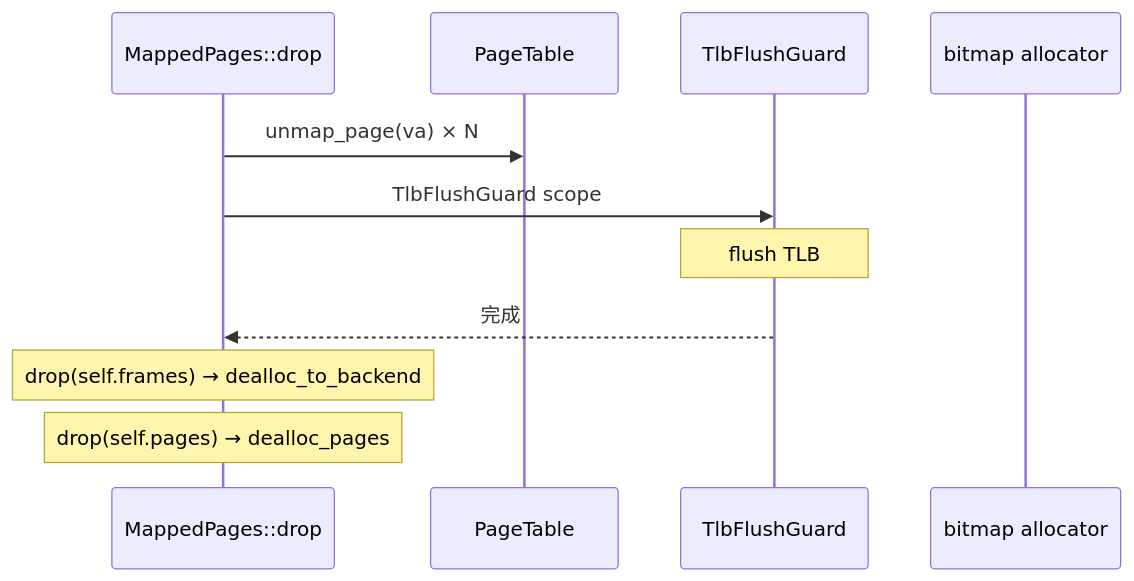
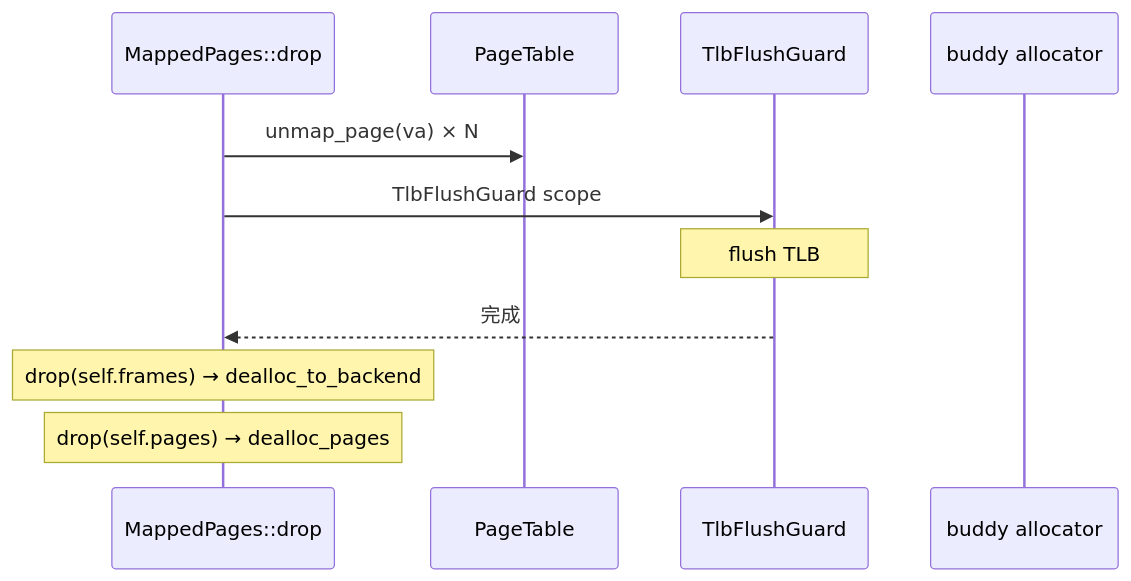
One commit to MRNIU/SimpleKernel changed the sixth of 10 diagrams in docs/design/memory-subsystem.md. Above: the diagram before and after it, drawn with Mermaid. The commit also changed other lines of this file and 10 other files, not shown here.

First line of the commit message:
refactor(frame_allocator): 替换 BitmapAllocator 为 buddy_system_allocator

````diff
--- a/docs/design/memory-subsystem.md
+++ b/docs/design/memory-subsystem.md
@@ -337,14 +337,14 @@
 ```mermaid
 sequenceDiagram
     participant MP as MappedPages::drop
     participant PT as PageTable
     participant TLB as TlbFlushGuard
-    participant FA as bitmap allocator
+    participant FA as buddy allocator
 
     MP->>PT: unmap_page(va) × N
     MP->>TLB: TlbFlushGuard scope
     Note over TLB: flush TLB
     TLB-->>MP: 完成
     Note over MP: drop(self.frames) → dealloc_to_backend
     Note over MP: drop(self.pages) → dealloc_pages
 ```
````
